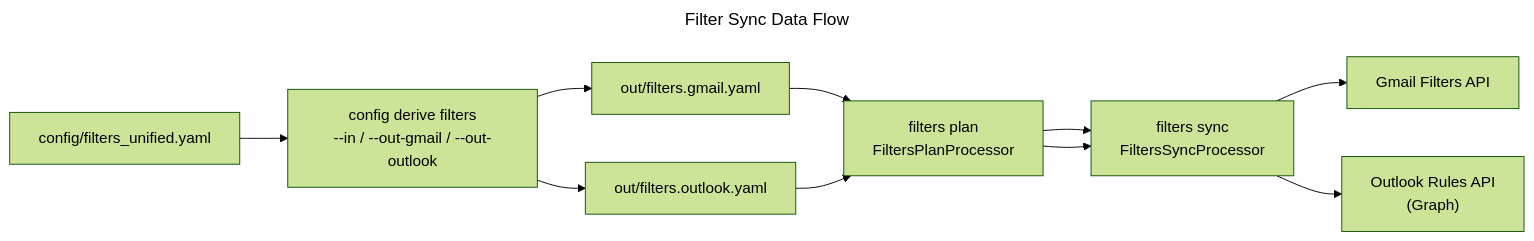
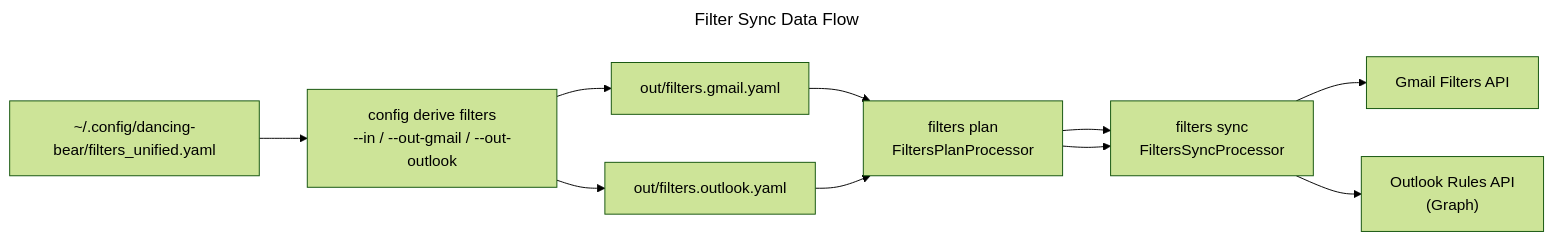
Before and after one commit to dancing-bear-show/dancing-bear: the second of 2 diagrams in src/mail/README.md, drawn with Mermaid (forest theme). The commit also changed other lines of this file and 24 other files, not shown here.

````diff
--- a/src/mail/README.md
+++ b/src/mail/README.md
@@ -55,20 +55,20 @@
 ```mermaid
 ---
 title: Filter Sync Data Flow
 ---
 flowchart LR
-    unified["config/filters_unified.yaml"]
+    unified["~/.config/dancing-bear/filters_unified.yaml"]
     derive["config derive filters\n--in / --out-gmail / --out-outlook"]
     gmail_yaml["out/filters.gmail.yaml"]
     outlook_yaml["out/filters.outlook.yaml"]
     plan["filters plan\nFiltersPlanProcessor"]
     sync["filters sync\nFiltersSyncProcessor"]
     gmail_api["Gmail Filters API"]
     outlook_api["Outlook Rules API\n(Graph)"]
 
     unified --> derive
     derive --> gmail_yaml
     derive --> outlook_yaml
     gmail_yaml --> plan --> sync --> gmail_api
     outlook_yaml --> plan --> sync --> outlook_api
 ```
````
